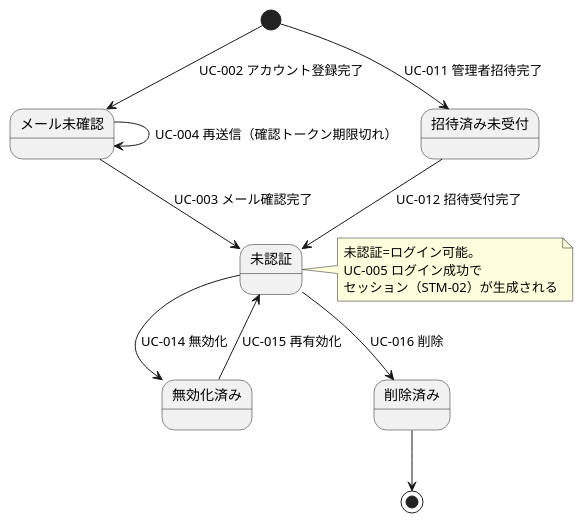
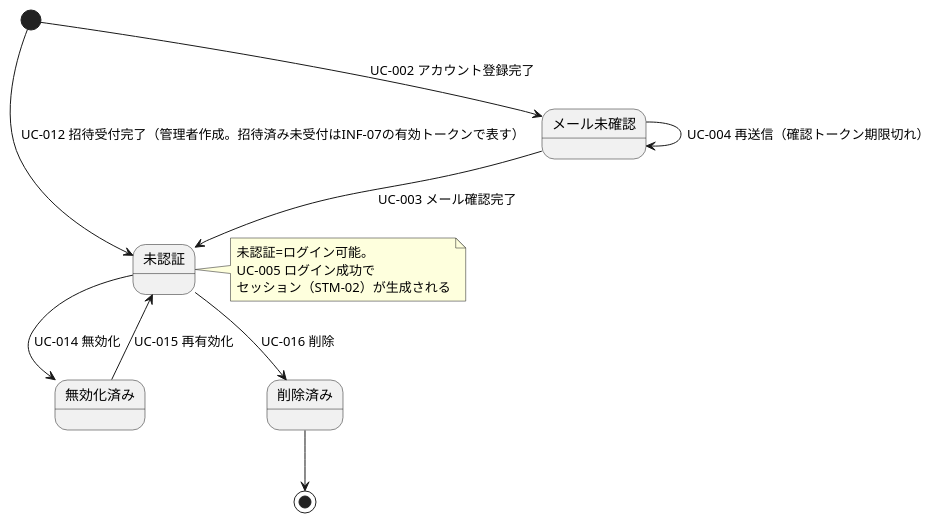
Before and after one commit to suunet/POC_HYDRA_AUTH: the first of 3 diagrams in .docs/design/states.md, drawn with PlantUML. The commit also changed other lines of this file and 15 other files, not shown here.

Commit message:
docs(T-019): cycle 1 - 招待系カタログ是正(BUC-A01/A02レート先行・M1/M2・E6・E4-a no-op・CND-19発番・invited除去のstates置換とVAR-14/INF-07/INF-12/NFR-13/FR-13/CND-11是正・図追従)とUC-011/UC-012仕様起草、T-018 E統合(バインド400横断注記・E2文言統一)

````diff
--- a/.docs/design/states.md
+++ b/.docs/design/states.md
@@ -44,24 +43,22 @@
 ```plantuml
 @startuml
 state "メール未確認" as mail_unverified
-state "招待済み未受付" as invited
 state "未認証" as inactive
 state "無効化済み" as disabled
 state "削除済み" as deleted
 
 [*] --> mail_unverified : UC-002 アカウント登録完了
-[*] --> invited : UC-011 管理者招待完了
+[*] --> inactive : UC-012 招待受付完了（管理者作成。招待済み未受付はINF-07の有効トークンで表す）
 mail_unverified --> inactive : UC-003 メール確認完了
 mail_unverified --> mail_unverified : UC-004 再送信（確認トークン期限切れ）
-invited --> inactive : UC-012 招待受付完了
 inactive --> disabled : UC-014 無効化
 inactive --> deleted : UC-016 削除
 disabled --> inactive : UC-015 再有効化
 deleted --> [*]
 note right of inactive
   未認証=ログイン可能。
   UC-005 ログイン成功で
   セッション（STM-02）が生成される
 end note
 @enduml
 ```
````
